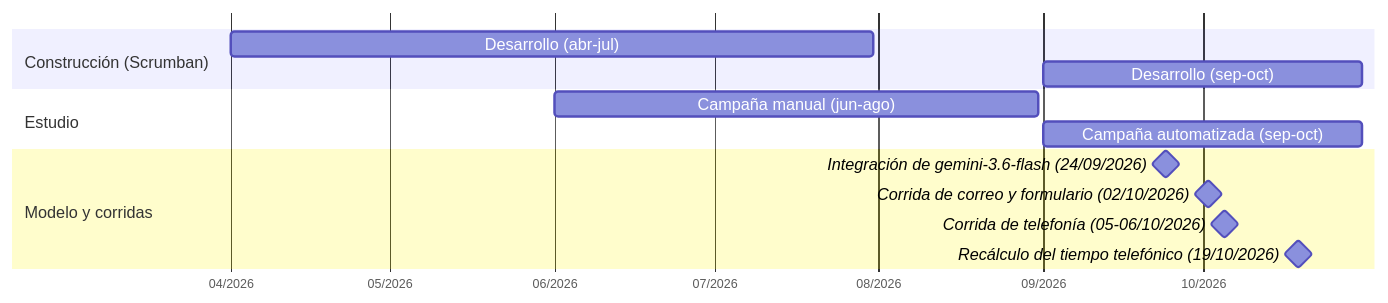
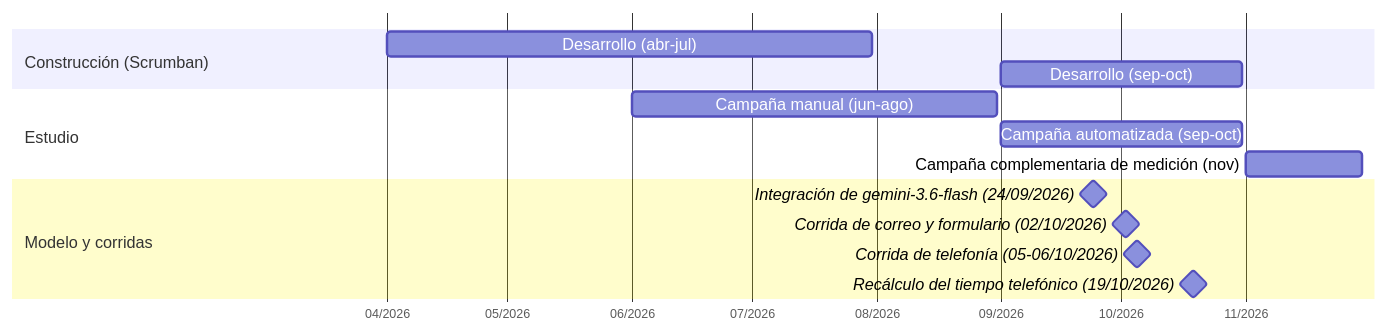
One commit to lucaGomezB/Automatizacion-de-Mesa-de-Ayuda-N8N changed the diagram in docs/diagrams/cronograma.md. Above: the diagram before and after it, drawn with Mermaid. The commit also changed other lines of this file and 32 other files, not shown here.

````diff
--- a/docs/diagrams/cronograma.md
+++ b/docs/diagrams/cronograma.md
@@ -28,19 +28,20 @@
 ```mermaid
-%%{init: {"gantt": {"leftPadding": 175, "rightPadding": 20, "fontSize": 13, "sectionFontSize": 13}}}%%
+%%{init: {"gantt": {"leftPadding": 300, "rightPadding": 20, "fontSize": 13, "sectionFontSize": 13}}}%%
 gantt
     dateFormat YYYY-MM-DD
     axisFormat %m/%Y
     tickInterval 1month
     todayMarker off
     section Construcción (Scrumban)
     Desarrollo (abr-jul)             :cons1, 2026-04-01, 2026-07-31
     Desarrollo (sep-oct)             :cons2, 2026-09-01, 2026-10-31
     section Estudio
     Campaña manual (jun-ago)         :cm, 2026-06-01, 2026-08-31
     Campaña automatizada (sep-oct)   :ca, 2026-09-01, 2026-10-31
+    Campaña complementaria de medición (nov) :cmed, 2026-11-01, 2026-11-30
     section Modelo y corridas
     Integración de gemini-3.6-flash (24/09/2026)  :milestone, m1, 2026-09-24, 0d
     Corrida de correo y formulario (02/10/2026)   :milestone, m2, 2026-10-02, 0d
     Corrida de telefonía (05-06/10/2026)          :milestone, m3, 2026-10-05, 0d
     Recálculo del tiempo telefónico (19/10/2026)  :milestone, m4, 2026-10-19, 0d
 ```
````
